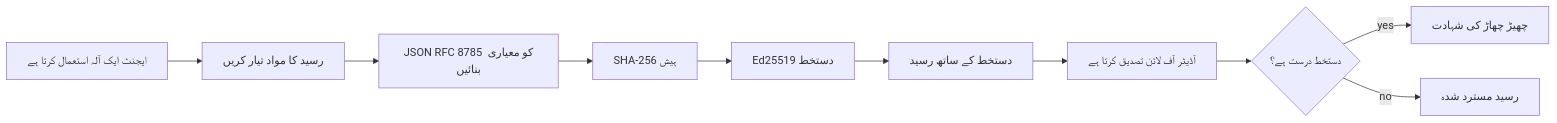
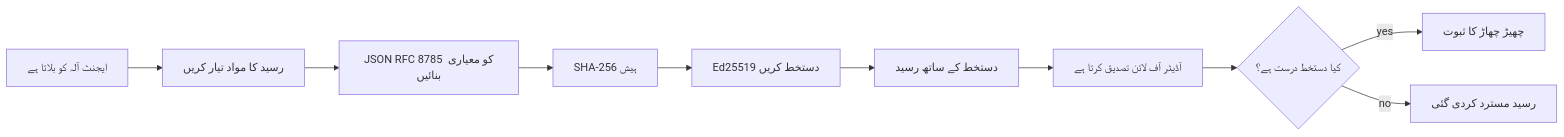
The first of 2 diagrams in mirrors/repos/microsoft@ai-agents-for-beginners/translations/ur/18-securing-ai-agents/README.md (gabrielmoreira/agent-skills-mirror), drawn with Mermaid before and after one commit. The commit also changed other lines of this file and 8886 other files, not shown here.

````diff
--- a/mirrors/repos/microsoft@ai-agents-for-beginners/translations/ur/18-securing-ai-agents/README.md
+++ b/mirrors/repos/microsoft@ai-agents-for-beginners/translations/ur/18-securing-ai-agents/README.md
@@ -51,12 +51,12 @@
 ```mermaid
 flowchart LR
-    A[ایجنٹ ایک آلہ استعمال کرتا ہے] --> B[رسید کا مواد تیار کریں]
+    A[ایجنٹ آلہ کو بلاتا ہے] --> B[رسید کا مواد تیار کریں]
     B --> C[JSON RFC 8785 کو معیاری بنائیں]
     C --> D[SHA-256 ہیش]
-    D --> E[Ed25519 دستخط]
+    D --> E[Ed25519 دستخط کریں]
     E --> F[دستخط کے ساتھ رسید]
     F --> G[آڈیٹر آف لائن تصدیق کرتا ہے]
-    G --> H{دستخط درست ہے؟}
-    H -- yes --> I[چھیڑ چھاڑ کی شہادت]
-    H -- no --> J[رسید مسترد شدہ]
+    G --> H{کیا دستخط درست ہے؟}
+    H -- yes --> I[چھیڑ چھاڑ کا ثبوت]
+    H -- no --> J[رسید مسترد کردی گئی]
 ```
````
